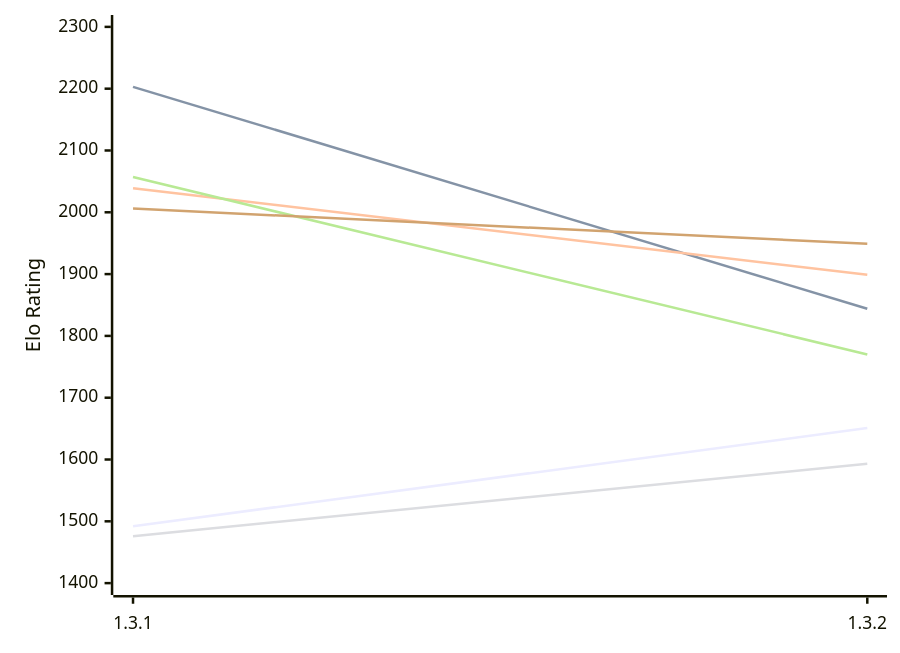
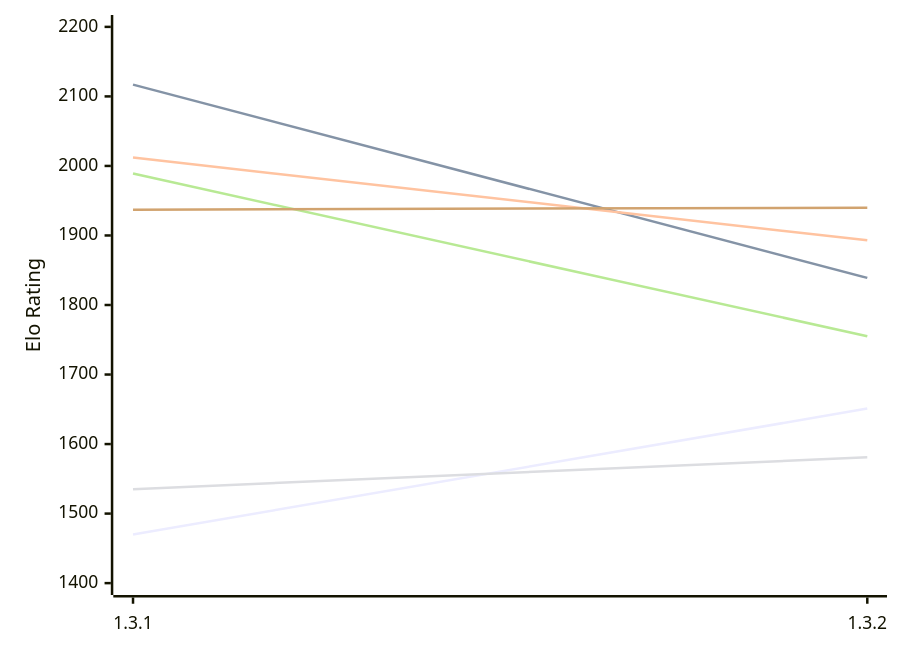
Before and after one commit to computer-chess-index/cci: the first of 2 diagrams in engines/Zugblitz.md, drawn with Mermaid. The commit also changed other lines of this file, not shown here.

Commit message:
Update CCI Ratings (ELO VLTC) - 2026-11-14

````diff
--- a/engines/Zugblitz.md
+++ b/engines/Zugblitz.md
@@ -50,12 +50,12 @@
 ```mermaid
 %%{init: {"theme":"base","themeVariables":{"seriesColors:['#a3a3a3','#222221','#faa371']}}}%%
 xychart-beta
   x-axis ["1.3.1", "1.3.2"]
-  y-axis "Elo Rating" 1400 --> 2300
-  line "E1: STC (8.0+0.08s)" [1492, 1651]
-  line "E1: LTC (60.0+0.60s)" [2203, 1844]
-  line "E1: VLTC (2m24s+1.12s)" [2039, 1899]
-  line "P1: STC (8.0+0.08s)" [1476, 1593]
-  line "P1: LTC (60.0+0.60s)" [2057, 1770]
-  line "P1: VLTC (2m24s+1.12s)" [2006, 1949]
+  y-axis "Elo Rating" 1400 --> 2200
+  line "E1: STC (8.0+0.08s)" [1470, 1651]
+  line "E1: LTC (60.0+0.60s)" [2117, 1839]
+  line "E1: VLTC (2m24s+1.12s)" [2012, 1893]
+  line "P1: STC (8.0+0.08s)" [1535, 1581]
+  line "P1: LTC (60.0+0.60s)" [1989, 1755]
+  line "P1: VLTC (2m24s+1.12s)" [1937, 1940]
 ```
````
